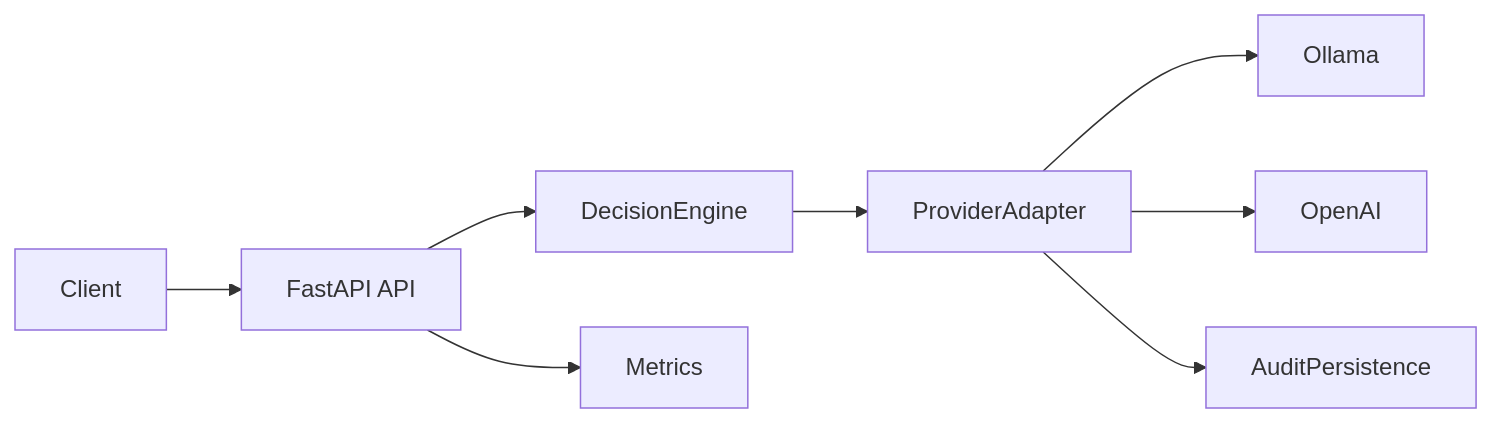
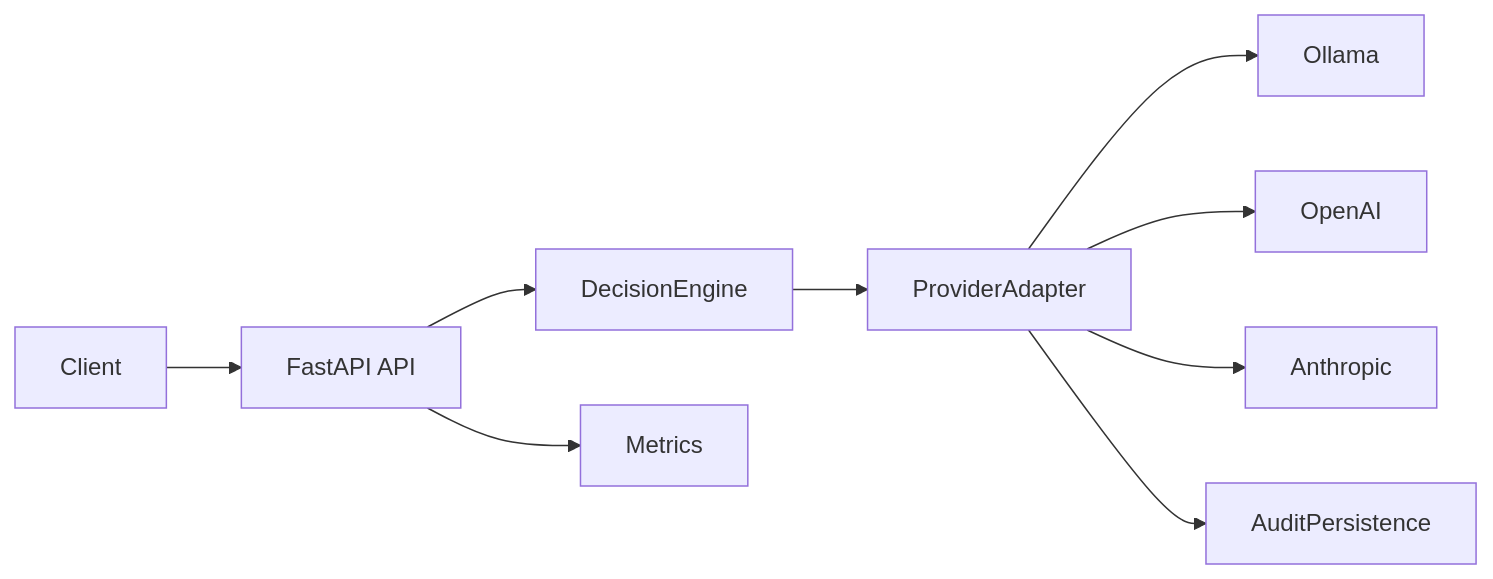
One commit to LiorAbitbol/policy-mesh changed the first of 3 diagrams in docs/ARCHITECTURE.md. Above: the diagram before and after it, drawn with Mermaid. The commit also changed other lines of this file and 10 other files, not shown here.

First line of the commit message:
docs: audit docs and README for M3, add process flow diagrams

````diff
--- a/docs/ARCHITECTURE.md
+++ b/docs/ARCHITECTURE.md
@@ -29,10 +29,11 @@
 ```mermaid
 flowchart LR
   client[Client] --> api[FastAPI API]
   api --> decision[DecisionEngine]
   decision --> provider[ProviderAdapter]
   provider --> ollama[Ollama]
   provider --> openai[OpenAI]
+  provider --> anthropic[Anthropic]
   provider --> audit[AuditPersistence]
   api --> metrics[Metrics]
 ```
````
